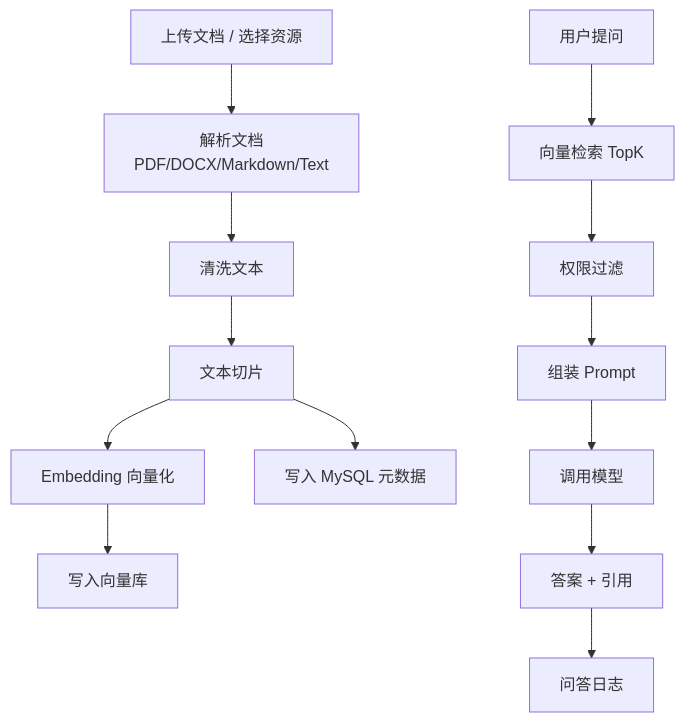
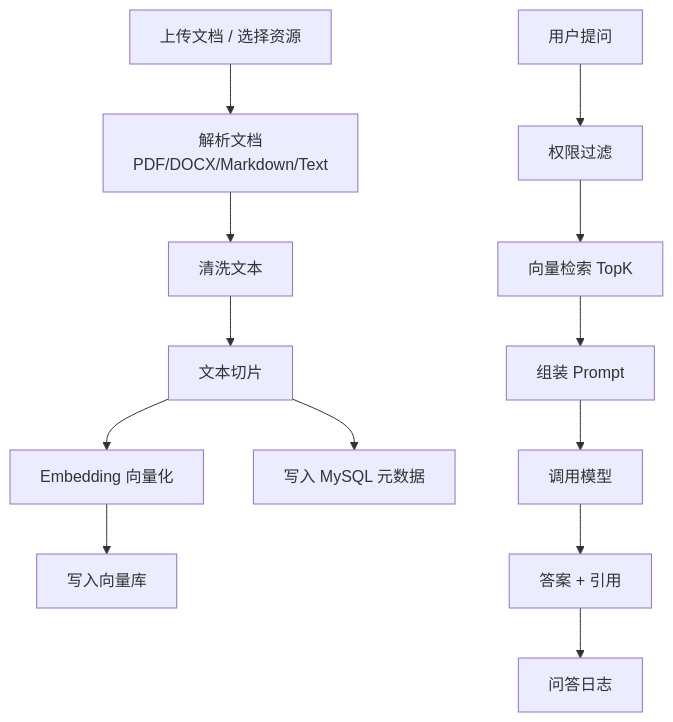
One commit to A1111-w/csa-official-platform changed the diagram in docs/rag-agent-roadmap.md. Above: the diagram before and after it, drawn with Mermaid. The commit also changed other lines of this file and 61 other files, not shown here.

````diff
--- a/docs/rag-agent-roadmap.md
+++ b/docs/rag-agent-roadmap.md
@@ -74,21 +76,21 @@
 ```mermaid
 flowchart TD
   Upload["上传文档 / 选择资源"]
   Parse["解析文档<br/>PDF/DOCX/Markdown/Text"]
   Clean["清洗文本"]
   Chunk["文本切片"]
   Embed["Embedding 向量化"]
   Store["写入向量库"]
   Meta["写入 MySQL 元数据"]
   Ask["用户提问"]
   Retrieve["向量检索 TopK"]
   Filter["权限过滤"]
   Prompt["组装 Prompt"]
   LLM["调用模型"]
   Answer["答案 + 引用"]
   Log["问答日志"]
 
   Upload --> Parse --> Clean --> Chunk --> Embed --> Store
   Chunk --> Meta
-  Ask --> Retrieve --> Filter --> Prompt --> LLM --> Answer --> Log
+  Ask --> Filter --> Retrieve --> Prompt --> LLM --> Answer --> Log
 ```
````
